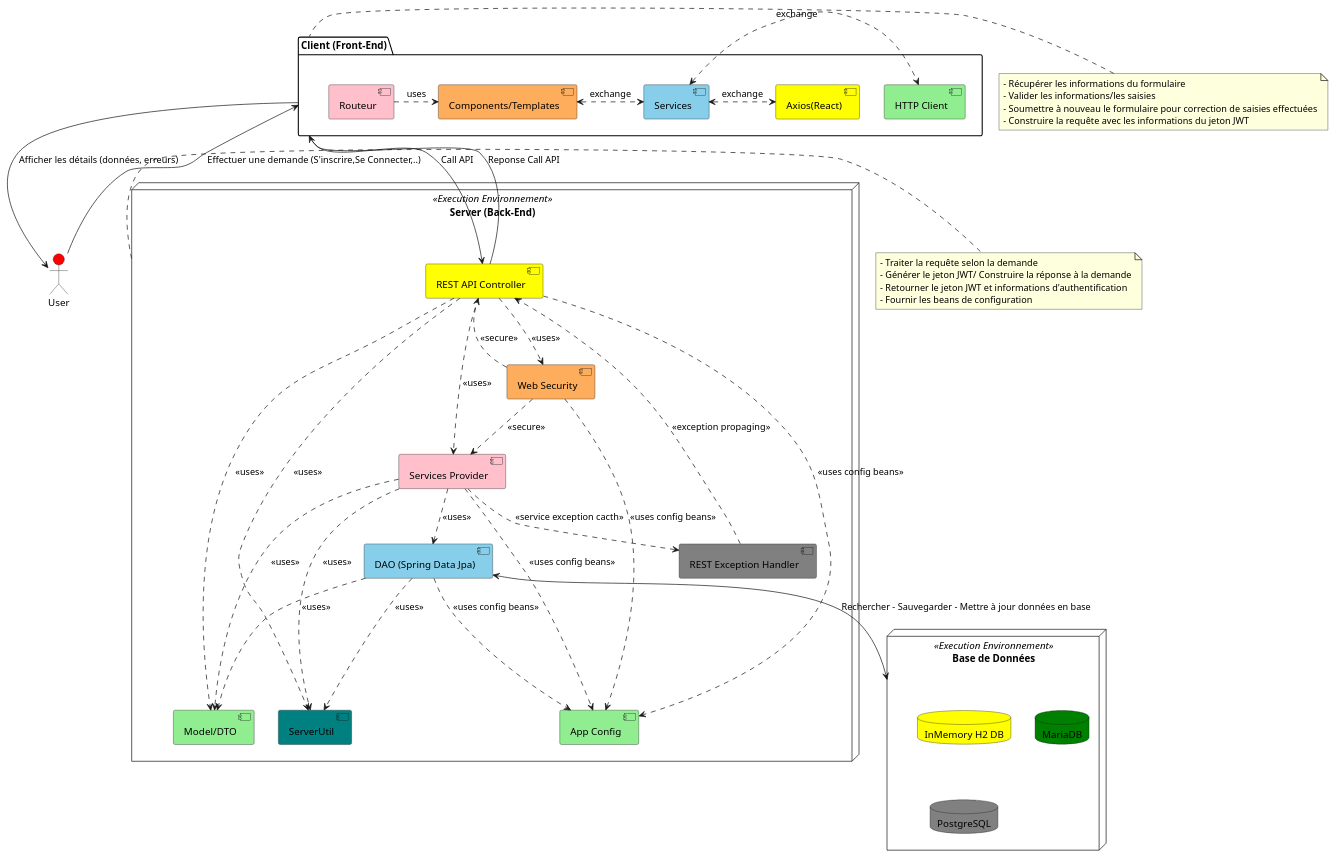
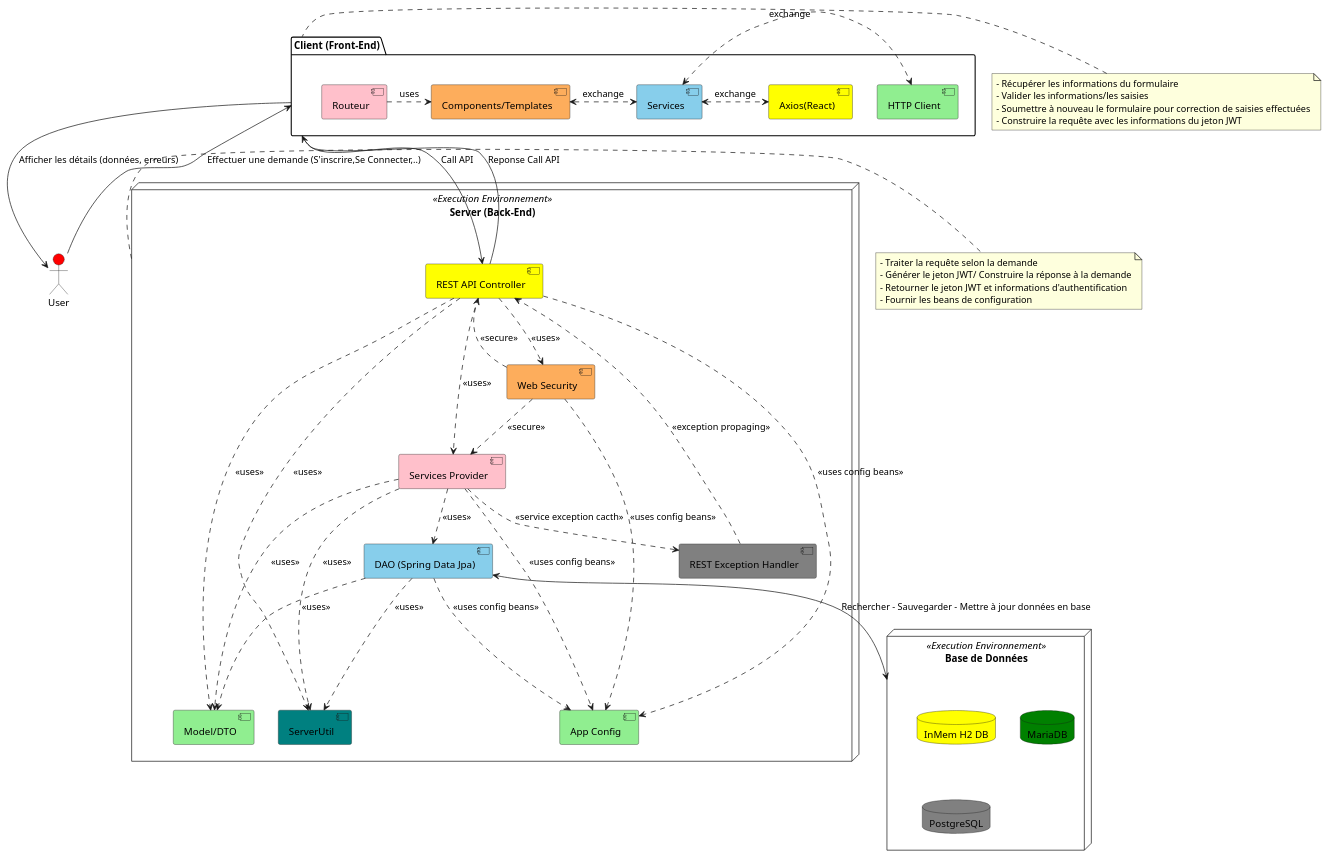
Before and after one commit to Corey-Peyton/jwt-auth-web-api-sandbox: the first of 6 diagrams in README.md, drawn with PlantUML.

```diff
--- a/README.md
+++ b/README.md
@@ -145,7 +145,7 @@
 
 ' Défintion de la base de données dans l'architecture
 node "Base de Données" as BDD <<Execution Environnement>> {
-database "InMemory H2 DB" #Yellow
+database "InMem H2 DB" #Yellow
 database "MariaDB" #Green
 database "PostgreSQL" #Gray
 }
```
